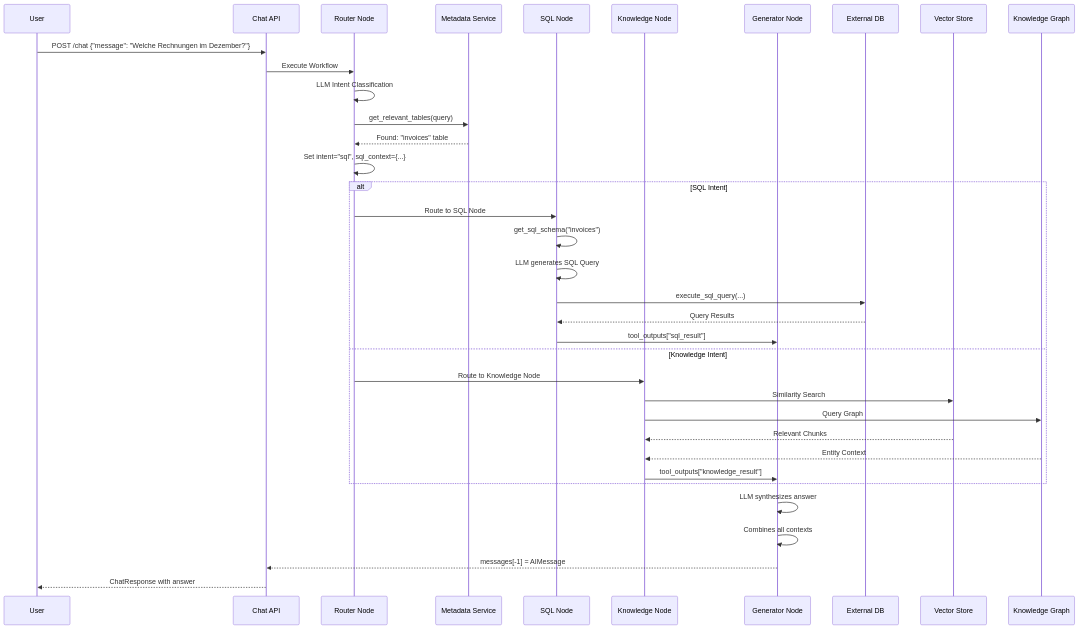
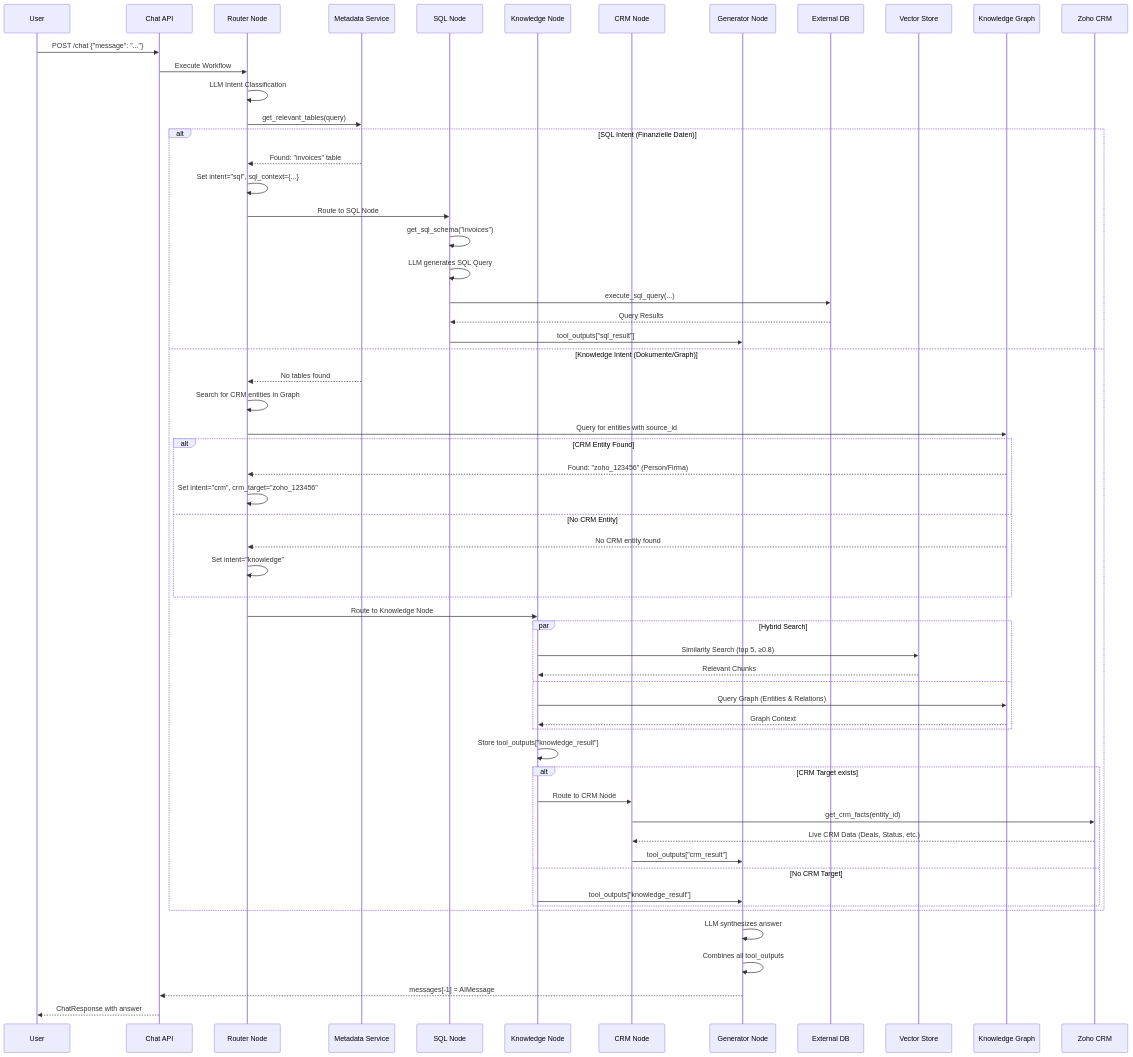
Before and after one commit to expoya/adizon-knowledge-core: the second of 4 diagrams in docs/AGENTIC_RAG.md, drawn with Mermaid. The commit also changed other lines of this file and 30 other files, not shown here.

````diff
--- a/docs/AGENTIC_RAG.md
+++ b/docs/AGENTIC_RAG.md
@@ -97,42 +99,68 @@
 ```mermaid
 sequenceDiagram
     participant User
     participant API as Chat API
     participant Router as Router Node
     participant Meta as Metadata Service
     participant SQL as SQL Node
     participant KB as Knowledge Node
+    participant CRM as CRM Node
     participant Gen as Generator Node
     participant DB as External DB
     participant Vector as Vector Store
     participant Graph as Knowledge Graph
+    participant Zoho as Zoho CRM
     
-    User->>API: POST /chat {"message": "Welche Rechnungen im Dezember?"}
+    User->>API: POST /chat {"message": "..."}
     API->>Router: Execute Workflow
     
     Router->>Router: LLM Intent Classification
     Router->>Meta: get_relevant_tables(query)
-    Meta-->>Router: Found: "invoices" table
-    Router->>Router: Set intent="sql", sql_context={...}
     
-    alt SQL Intent
+    alt SQL Intent (Finanzielle Daten)
+        Meta-->>Router: Found: "invoices" table
+        Router->>Router: Set intent="sql", sql_context={...}
         Router->>SQL: Route to SQL Node
         SQL->>SQL: get_sql_schema("invoices")
         SQL->>SQL: LLM generates SQL Query
         SQL->>DB: execute_sql_query(...)
         DB-->>SQL: Query Results
         SQL->>Gen: tool_outputs["sql_result"]
-    else Knowledge Intent
+    else Knowledge Intent (Dokumente/Graph)
+        Meta-->>Router: No tables found
+        Router->>Router: Search for CRM entities in Graph
+        Router->>Graph: Query for entities with source_id
+        
+        alt CRM Entity Found
+            Graph-->>Router: Found: "zoho_123456" (Person/Firma)
+            Router->>Router: Set intent="crm", crm_target="zoho_123456"
+        else No CRM Entity
+            Graph-->>Router: No CRM entity found
+            Router->>Router: Set intent="knowledge"
+        end
+        
         Router->>KB: Route to Knowledge Node
-        KB->>Vector: Similarity Search
-        KB->>Graph: Query Graph
-        Vector-->>KB: Relevant Chunks
-        Graph-->>KB: Entity Context
-        KB->>Gen: tool_outputs["knowledge_result"]
+        par Hybrid Search
+            KB->>Vector: Similarity Search (top 5, ≥0.8)
+            Vector-->>KB: Relevant Chunks
+        and
+            KB->>Graph: Query Graph (Entities & Relations)
+            Graph-->>KB: Graph Context
+        end
+        KB->>KB: Store tool_outputs["knowledge_result"]
+        
+        alt CRM Target exists
+            KB->>CRM: Route to CRM Node
+            CRM->>Zoho: get_crm_facts(entity_id)
+            Zoho-->>CRM: Live CRM Data (Deals, Status, etc.)
+            CRM->>Gen: tool_outputs["crm_result"]
+        else No CRM Target
+            KB->>Gen: tool_outputs["knowledge_result"]
+        end
     end
     
     Gen->>Gen: LLM synthesizes answer
-    Gen->>Gen: Combines all contexts
+    Gen->>Gen: Combines all tool_outputs
     Gen-->>API: messages[-1] = AIMessage
     API-->>User: ChatResponse with answer
 ```
````
